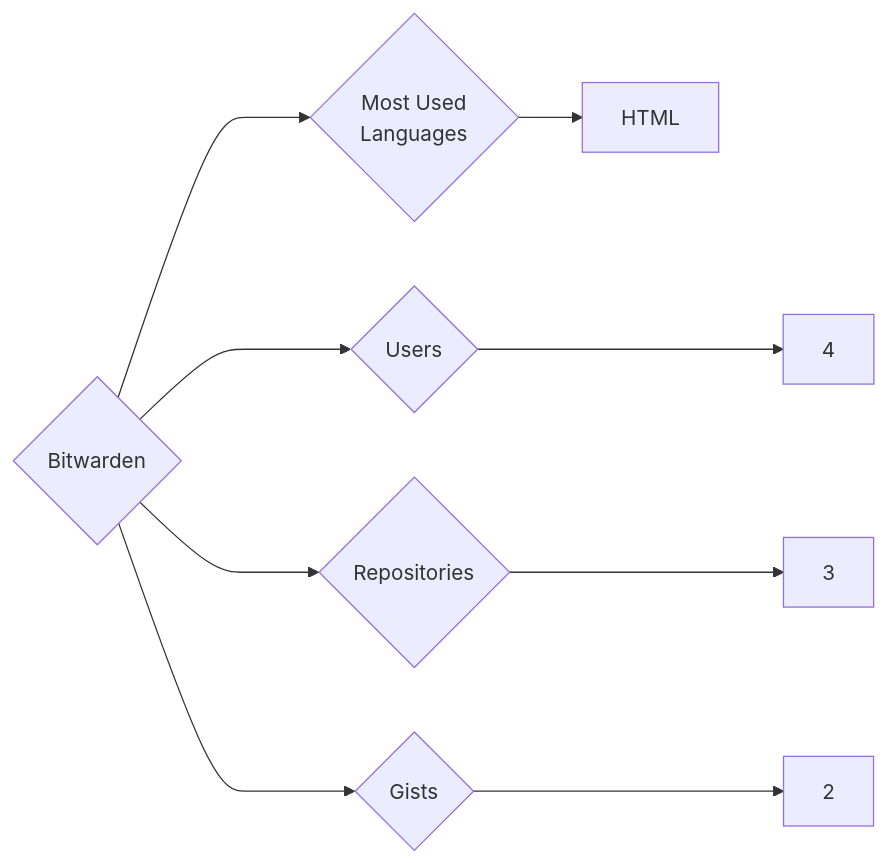
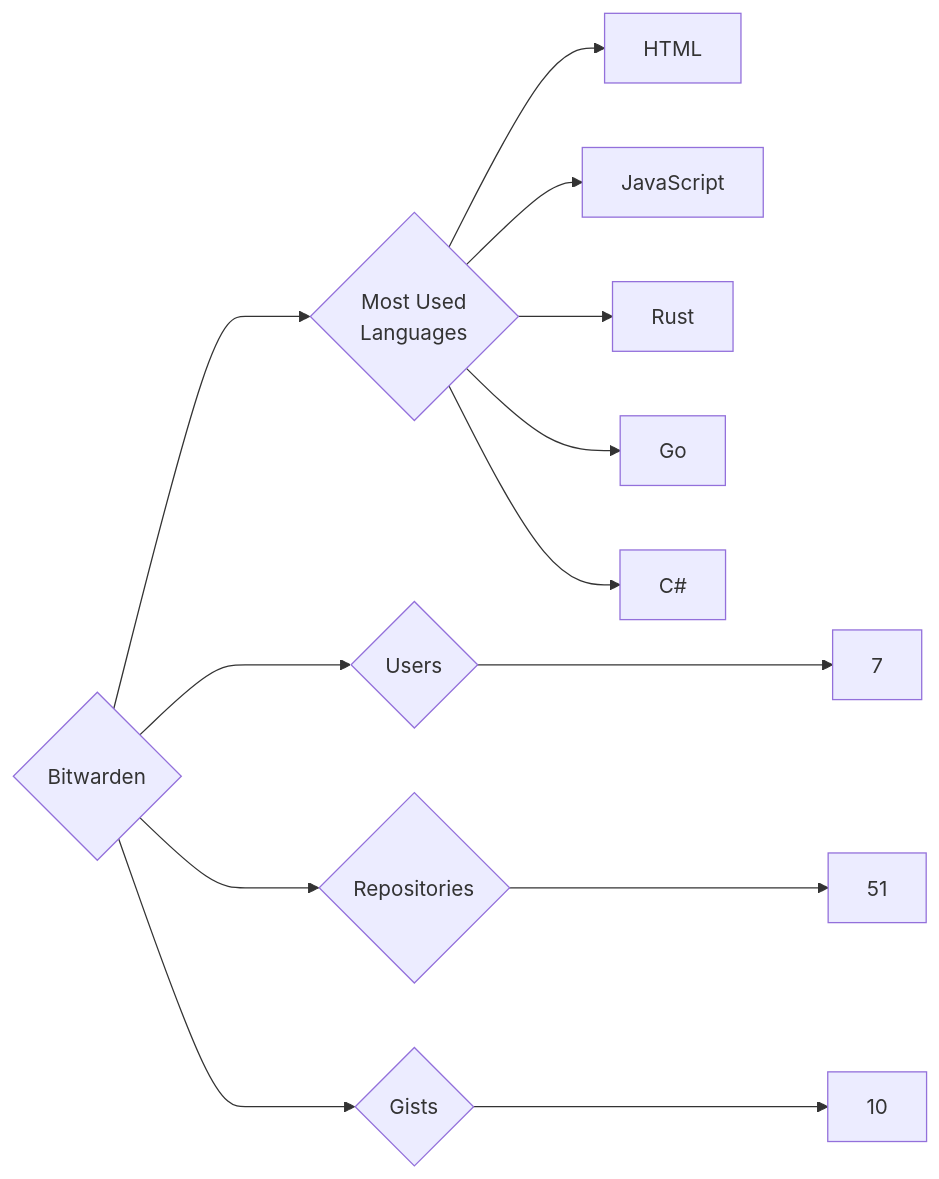
One commit to trickest/insiders changed the diagram in targets/Bitwarden/README.md. Above: the diagram before and after it, drawn with Mermaid. The commit also changed 1089 other files, not shown here.

````diff
--- a/targets/Bitwarden/README.md
+++ b/targets/Bitwarden/README.md
@@ -3,9 +3,13 @@
 ```mermaid
 graph LR
 COMPANY_NAME{Bitwarden}
-COMPANY_NAME ---> U{Users} ---> UN[4]
-COMPANY_NAME ---> R{Repositories} ---> RN[3]
-COMPANY_NAME ---> G{Gists} ---> GN[2]
+COMPANY_NAME ---> U{Users} ---> UN[7]
+COMPANY_NAME ---> R{Repositories} ---> RN[51]
+COMPANY_NAME ---> G{Gists} ---> GN[10]
 COMPANY_NAME ---> ML{Most Used<br>Languages}
 ML --> HTML[HTML]
+ML --> JavaScript[JavaScript]
+ML --> Rust[Rust]
+ML --> Go[Go]
+ML --> C#[C#]
 ```
````
